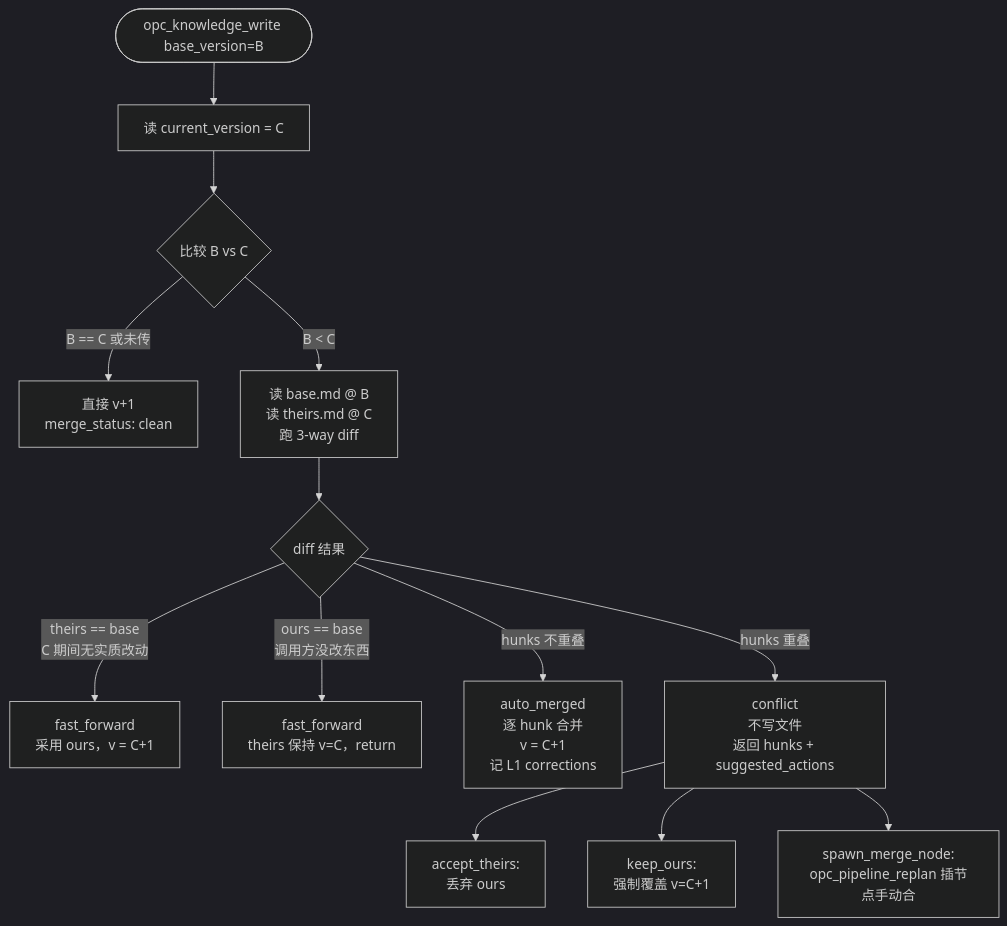
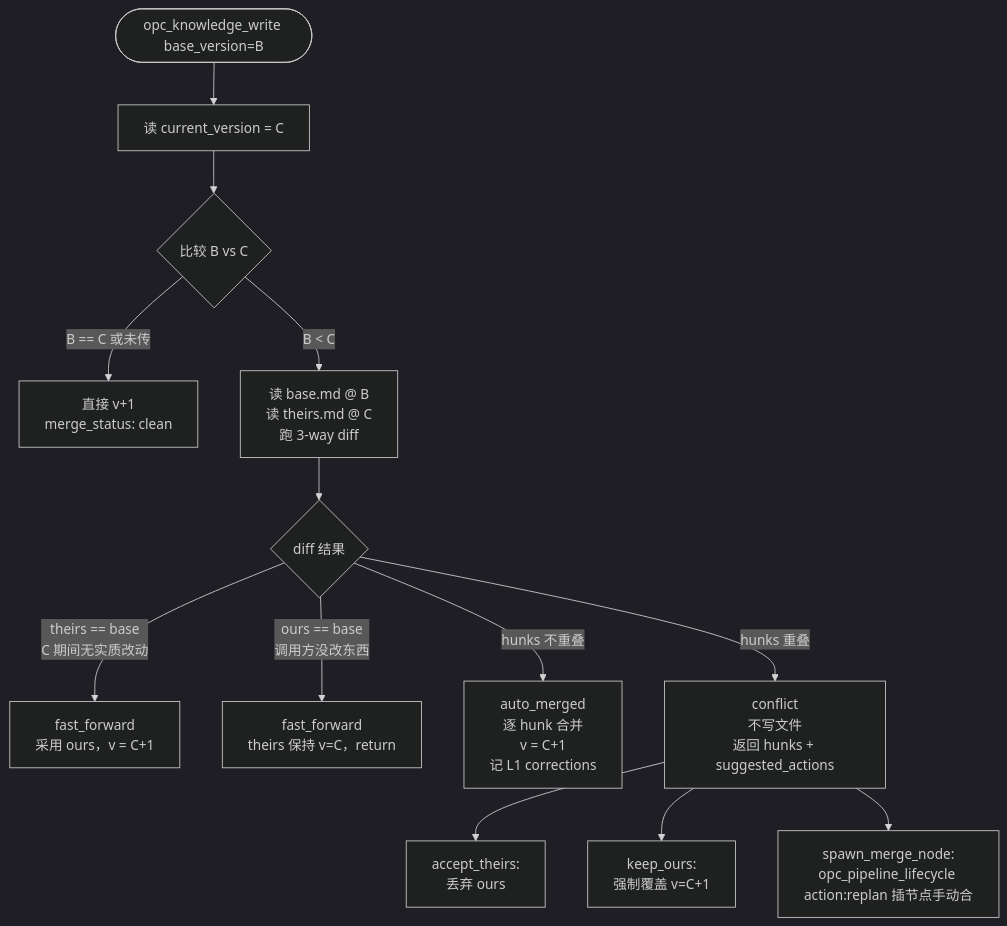
Before and after one commit to CaffeineOddity/opc-marketplace: the diagram in doc/feature/03-opc-knowledge-server/02-knowledge-api/02_core-tools.md, drawn with Mermaid (dark theme). The commit also changed other lines of this file and 16 other files, not shown here.

````diff
--- a/doc/feature/03-opc-knowledge-server/02-knowledge-api/02_core-tools.md
+++ b/doc/feature/03-opc-knowledge-server/02-knowledge-api/02_core-tools.md
@@ -269,18 +316,18 @@
 ```mermaid
 flowchart TD
     W([opc_knowledge_write base_version=B]) --> Cur[读 current_version = C]
     Cur --> Cmp{比较 B vs C}
 
     Cmp -->|B == C 或未传| Clean[直接 v+1<br/>merge_status: clean]
     Cmp -->|B < C| Diff[读 base.md @ B<br/>读 theirs.md @ C<br/>跑 3-way diff]
 
     Diff --> Case{diff 结果}
     Case -->|theirs == base<br/>C 期间无实质改动| FF[fast_forward<br/>采用 ours，v = C+1]
     Case -->|ours == base<br/>调用方没改东西| FF2[fast_forward<br/>theirs 保持 v=C，return]
     Case -->|hunks 不重叠| Auto[auto_merged<br/>逐 hunk 合并<br/>v = C+1<br/>记 L1 corrections]
     Case -->|hunks 重叠| Conflict[conflict<br/>不写文件<br/>返回 hunks + suggested_actions]
 
     Conflict --> S1[accept_theirs:<br/>丢弃 ours]
     Conflict --> S2[keep_ours:<br/>强制覆盖 v=C+1]
-    Conflict --> S3[spawn_merge_node:<br/>opc_pipeline_replan 插节点手动合]
+    Conflict --> S3[spawn_merge_node:<br/>opc_pipeline_lifecycle action:replan 插节点手动合]
 ```
````
